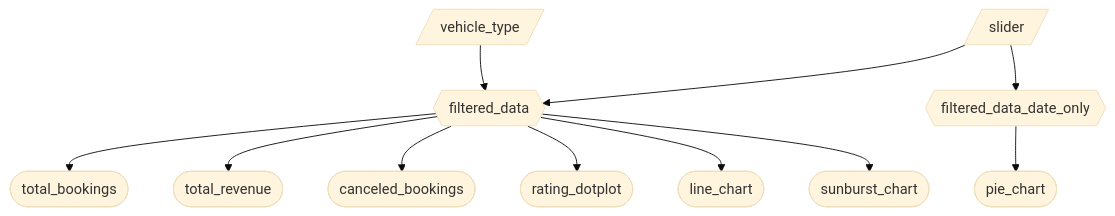
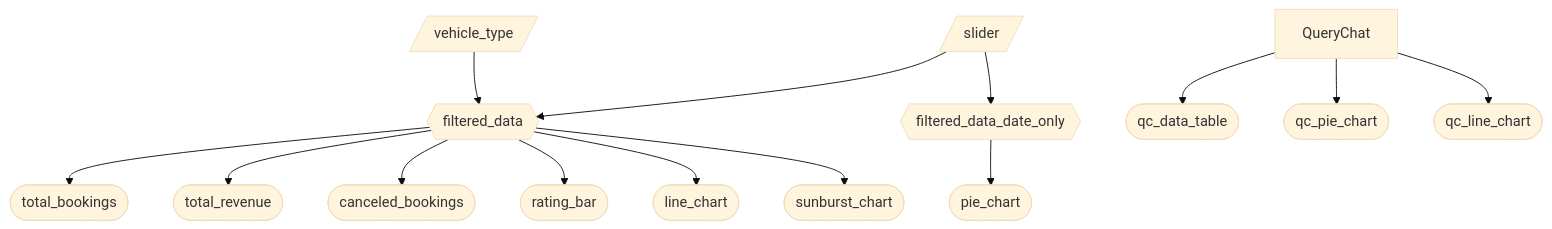
The diagram in reports/m2_spec.md (UBC-MDS/DSCI-532_2026_32_Uber_dashboard), drawn with Mermaid (base theme) before and after one commit. The commit also changed other lines of this file, not shown here.

````diff
--- a/reports/m2_spec.md
+++ b/reports/m2_spec.md
@@ -33,15 +37,19 @@
 ```mermaid
 flowchart TD
   A[/slider/] --> F{{filtered_data}}
   B[/vehicle_type/] --> F
   A --> G{{filtered_data_date_only}}
 
   F --> T1([total_bookings])
   F --> T2([total_revenue])
   F --> T3([canceled_bookings])
-  F --> P1([rating_dotplot])
+  F --> P1([rating_bar])
   F --> P2([line_chart])
   F --> P4([sunburst_chart])
 
   G --> P3([pie_chart])
+
+  QueryChat --> D([qc_data_table])
+  QueryChat --> QP([qc_pie_chart])
+  QueryChat --> QL([qc_line_chart])
 ```
````
